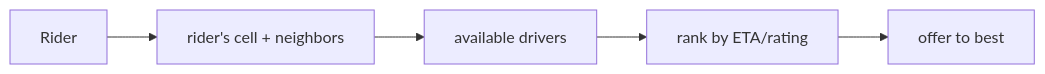
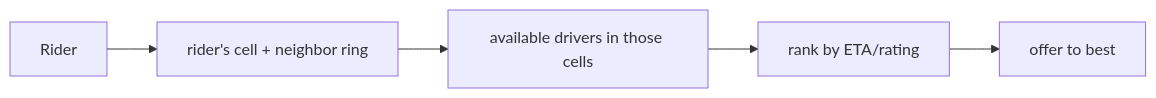
The second of 2 diagrams in system-design/2-case-studies/ride-sharing.md (hiepgithub2001/swedocs), drawn with Mermaid before and after one commit. The commit also changed other lines of this file and 1 other file, not shown here.

````diff
--- a/system-design/2-case-studies/ride-sharing.md
+++ b/system-design/2-case-studies/ride-sharing.md
@@ -84,6 +88,6 @@
 ```mermaid
 flowchart LR
-    Rider --> Cell[rider's cell + neighbors]
-    Cell --> Cand[available drivers]
+    Rider --> Cell[rider's cell + neighbor ring]
+    Cell --> Cand[available drivers in those cells]
     Cand --> Rank[rank by ETA/rating] --> Offer[offer to best]
 ```
````
